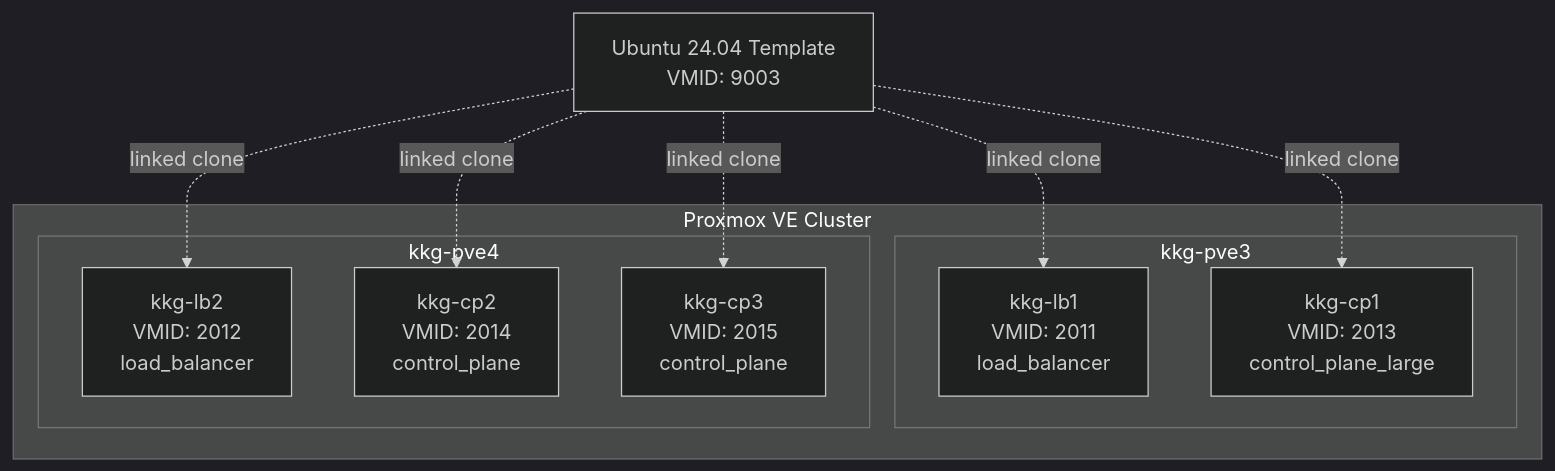
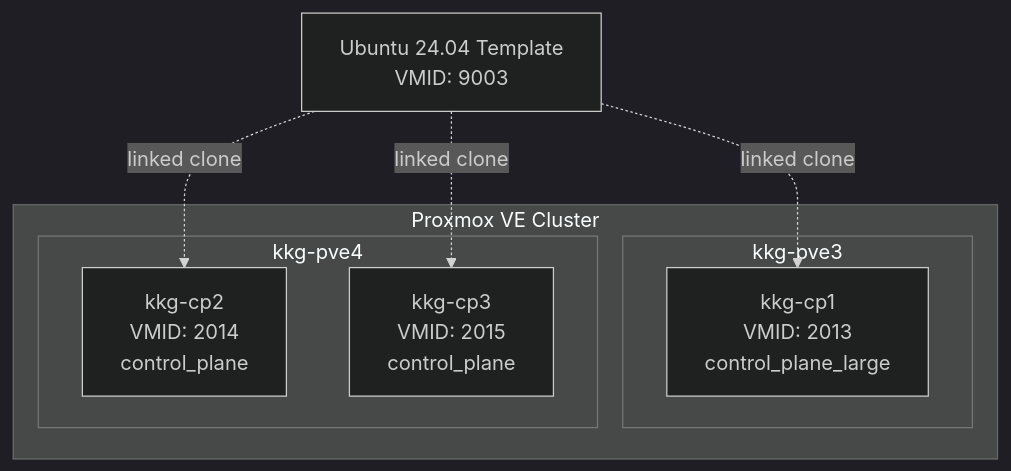
Before and after one commit to Soli0222/pke: the diagram in terraform/kkg/README.md, drawn with Mermaid (dark theme). The commit also changed other lines of this file and 30 other files, not shown here.

````diff
--- a/terraform/kkg/README.md
+++ b/terraform/kkg/README.md
@@ -7,16 +7,14 @@
 ```mermaid
 graph TB
     subgraph "Proxmox VE Cluster"
         subgraph "kkg-pve3"
-            LB1["kkg-lb1<br/>VMID: 2011<br/>load_balancer"]
             CP1["kkg-cp1<br/>VMID: 2013<br/>control_plane_large"]
         end
         subgraph "kkg-pve4"
-            LB2["kkg-lb2<br/>VMID: 2012<br/>load_balancer"]
             CP2["kkg-cp2<br/>VMID: 2014<br/>control_plane"]
             CP3["kkg-cp3<br/>VMID: 2015<br/>control_plane"]
         end
     end
 
-    TPL["Ubuntu 24.04 Template<br/>VMID: 9003"] -.->|linked clone| LB1 & LB2 & CP1 & CP2 & CP3
+    TPL["Ubuntu 24.04 Template<br/>VMID: 9003"] -.->|linked clone| CP1 & CP2 & CP3
 ```
````
